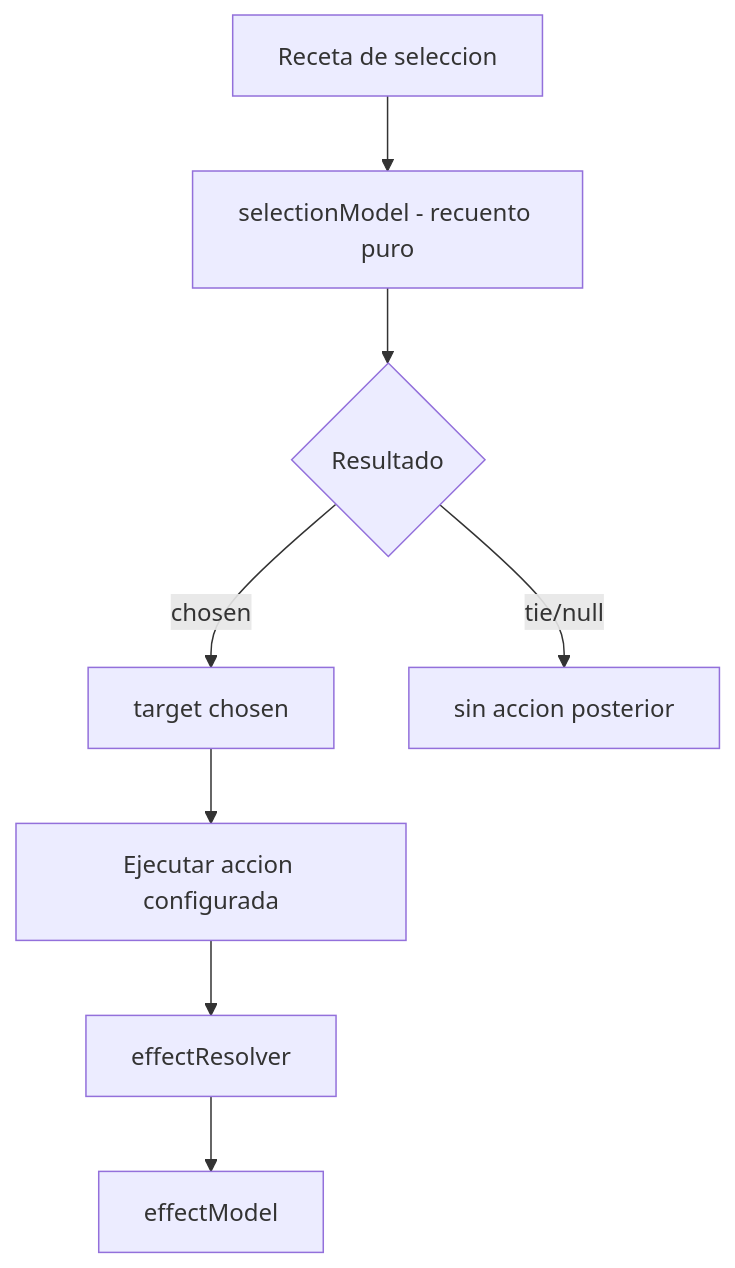
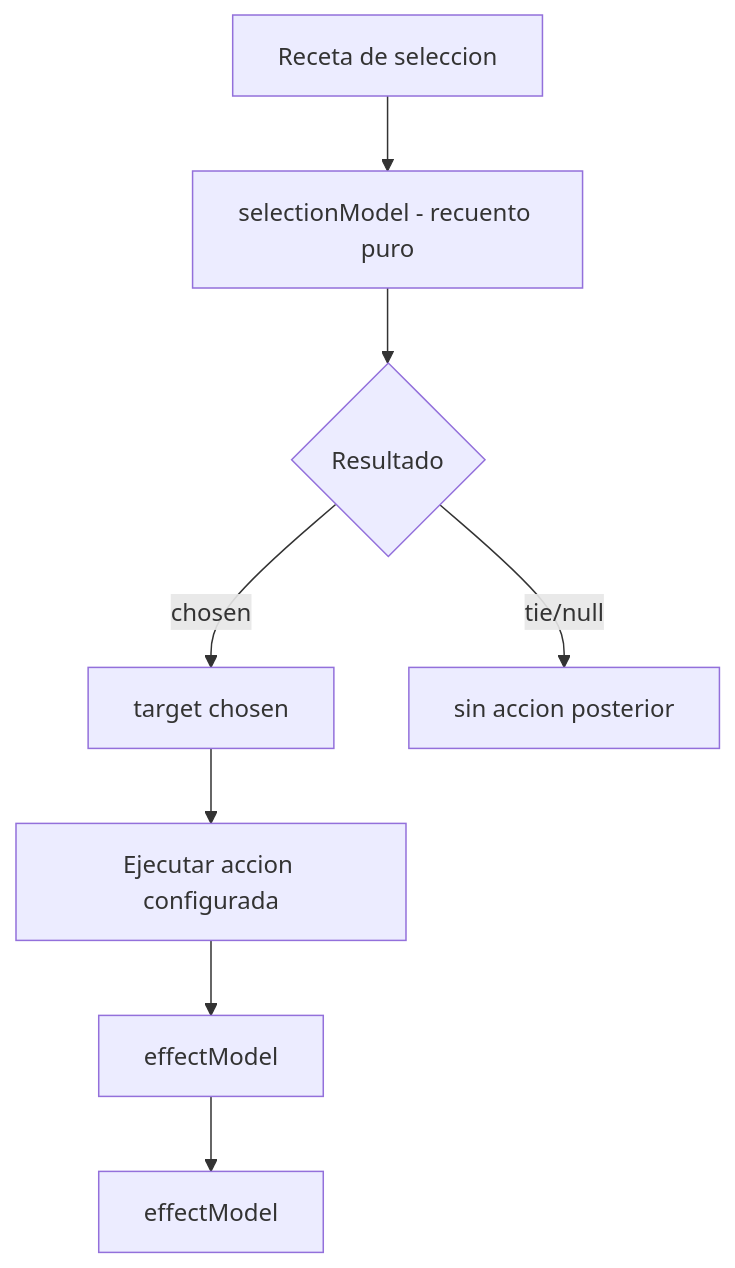
Diagram 12 of 14 in docs/engine_flow_map.md (juanramonmorandeira/castronegro-director), drawn with Mermaid before and after one commit. The commit also changed other lines of this file and 9 other files, not shown here.

Commit message:
Consolidate effect resolution in effect model

````diff
--- a/docs/engine_flow_map.md
+++ b/docs/engine_flow_map.md
@@ -611,10 +611,10 @@
 ```mermaid
 flowchart TD
   A[Receta de seleccion] --> B[selectionModel - recuento puro]
   B --> C{Resultado}
   C -->|chosen| D[target chosen]
   C -->|tie/null| E[sin accion posterior]
   D --> F[Ejecutar accion configurada]
-  F --> G[effectResolver]
+  F --> G[effectModel]
   G --> H[effectModel]
 ```
````
